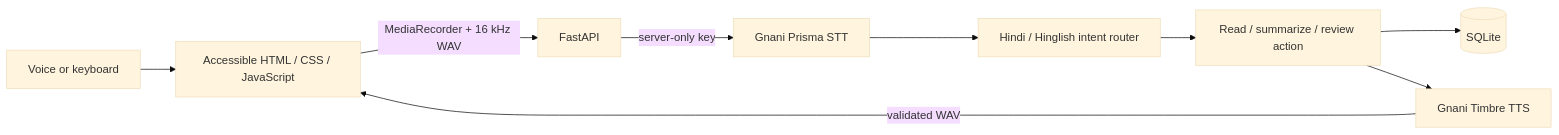
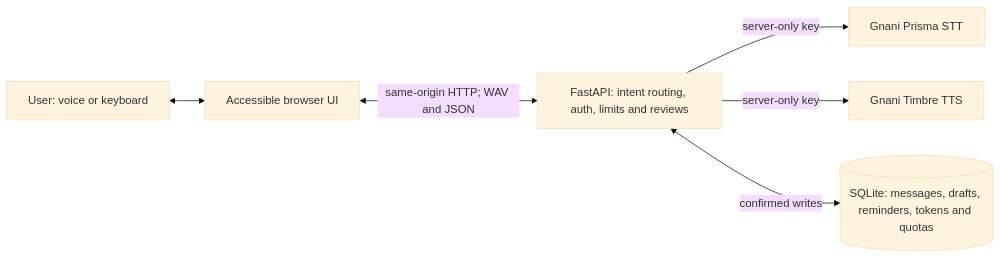
The diagram in README.md (ashu1osh9/saathi-ai), drawn with Mermaid (base theme) before and after one commit. The commit also changed other lines of this file and 44 other files, not shown here.

````diff
--- a/README.md
+++ b/README.md
@@ -58,11 +54,8 @@
 ```mermaid
 flowchart LR
-    User[Voice or keyboard] --> UI[Accessible HTML / CSS / JavaScript]
-    UI -->|MediaRecorder + 16 kHz WAV| API[FastAPI]
+    User[User: voice or keyboard] <--> Browser[Accessible browser UI]
+    Browser <-->|same-origin HTTP; WAV and JSON| API[FastAPI: intent routing, auth, limits and reviews]
     API -->|server-only key| Prisma[Gnani Prisma STT]
-    Prisma --> Router[Hindi / Hinglish intent router]
-    Router --> Review[Read / summarize / review action]
-    Review --> DB[(SQLite)]
-    Review --> Timbre[Gnani Timbre TTS]
-    Timbre -->|validated WAV| UI
+    API -->|server-only key| Timbre[Gnani Timbre TTS]
+    API <-->|confirmed writes| DB[(SQLite: messages, drafts, reminders, tokens and quotas)]
 ```
````
